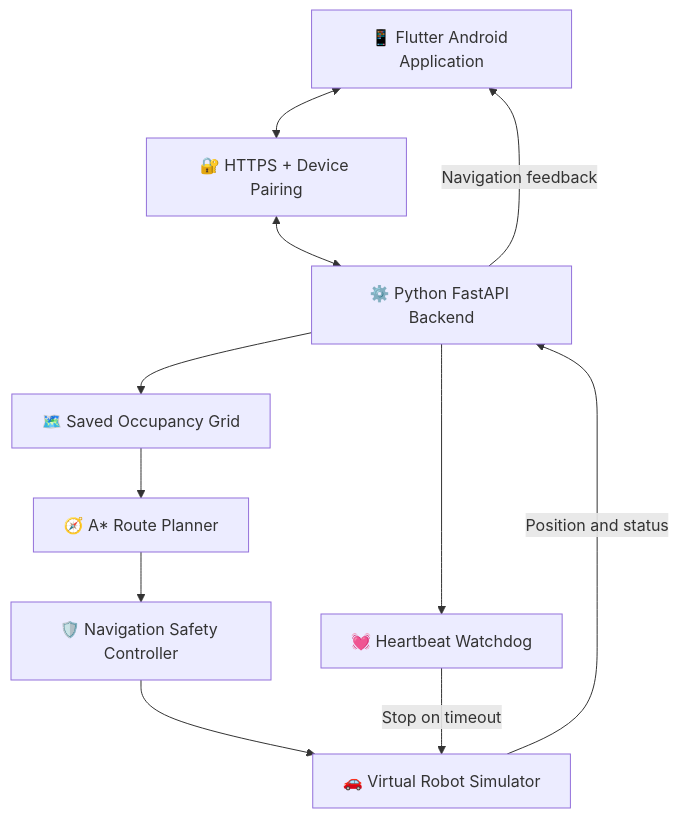
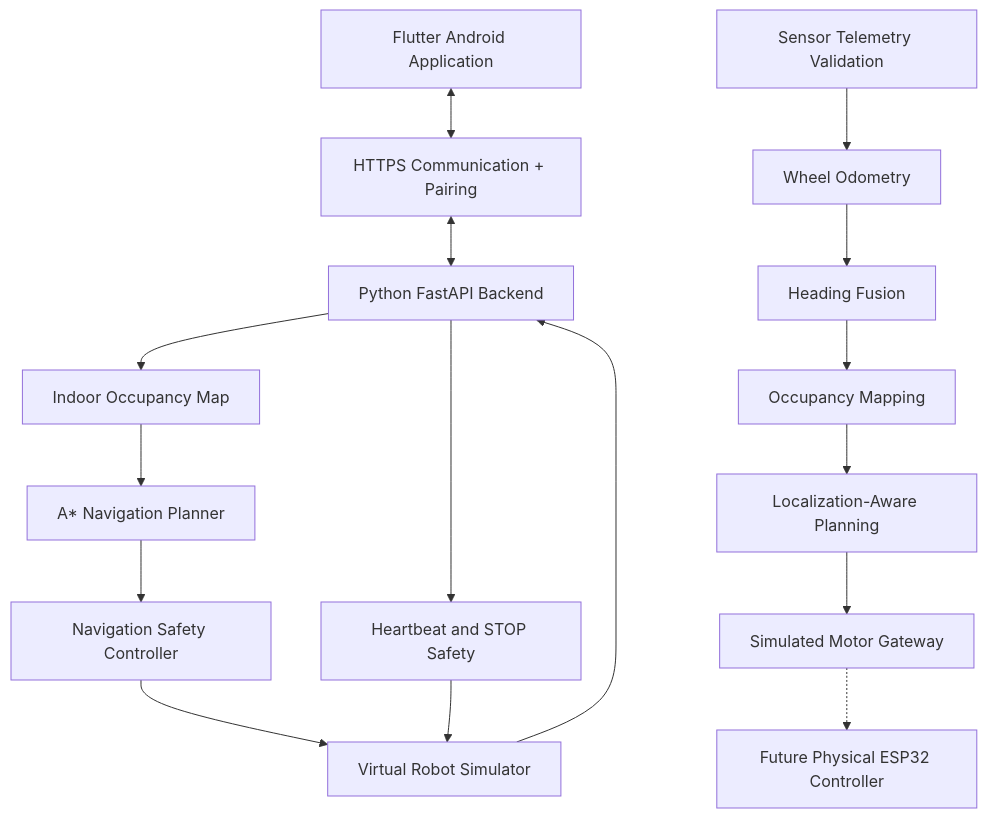
Before and after one commit to Ashiwany25/AutoNav-RC-Website: the diagram in README.md, drawn with Mermaid. The commit also changed other lines of this file, not shown here.

````diff
--- a/README.md
+++ b/README.md
@@ -84,22 +81,39 @@
 ```mermaid
 flowchart TD
-    A["📱 Flutter Android Application"]
-    B["🔐 HTTPS + Device Pairing"]
-    C["⚙️ Python FastAPI Backend"]
-    D["🗺️ Saved Occupancy Grid"]
-    E["🧭 A* Route Planner"]
-    F["🛡️ Navigation Safety Controller"]
-    G["🚗 Virtual Robot Simulator"]
-    H["💓 Heartbeat Watchdog"]
+    A["Flutter Android Application"]
+    B["HTTPS Communication + Pairing"]
+    C["Python FastAPI Backend"]
+
+    D["Indoor Occupancy Map"]
+    E["A* Navigation Planner"]
+    F["Navigation Safety Controller"]
+    G["Virtual Robot Simulator"]
+
+    H["Sensor Telemetry Validation"]
+    I["Wheel Odometry"]
+    J["Heading Fusion"]
+    K["Occupancy Mapping"]
+    L["Localization-Aware Planning"]
+    M["Simulated Motor Gateway"]
 
     A <--> B
     B <--> C
+
     C --> D
     D --> E
     E --> F
     F --> G
-    G -->|Position and status| C
-    C -->|Navigation feedback| A
-    C --> H
-    H -->|Stop on timeout| G
+    G --> C
+
+    H --> I
+    I --> J
+    J --> K
+    K --> L
+    L --> M
+
+    N["Future Physical ESP32 Controller"]
+    M -.-> N
+
+    C --> O["Heartbeat and STOP Safety"]
+    O --> G
 ```
````
